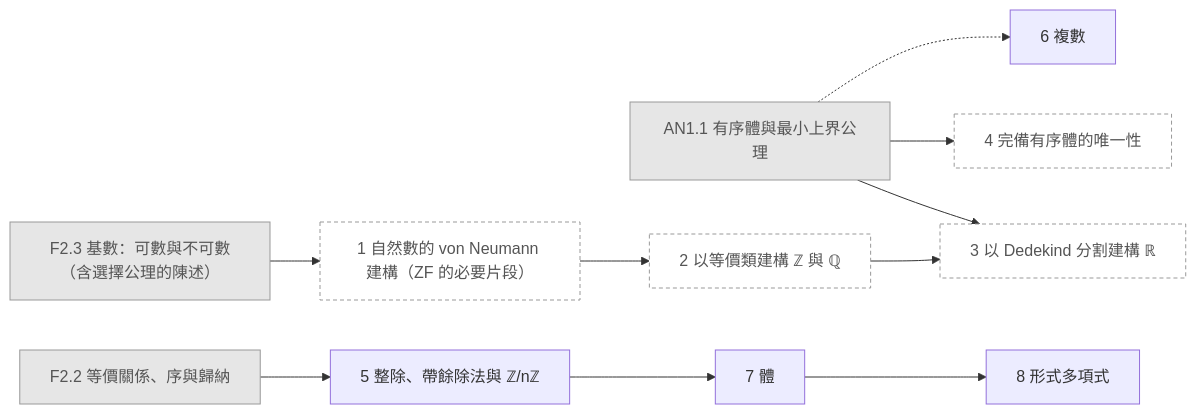
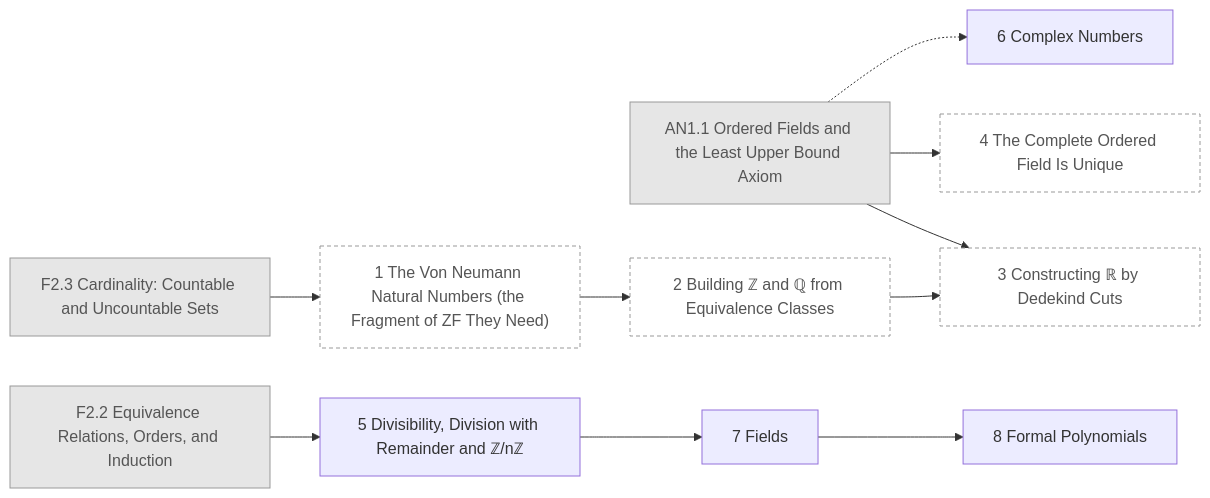
The fifth of 26 diagrams in generated/README.md (AkizumiFox/math-atlas), drawn with Mermaid before and after one commit. The commit also changed other lines of this file and 36 other files, not shown here.

````diff
--- a/generated/README.md
+++ b/generated/README.md
@@ -145,26 +144,26 @@
 ```mermaid
 flowchart LR
-  F2_2["F2.2 等價關係、序與歸納"]:::ext
-  F2_3["F2.3 基數：可數與不可數（含選擇公理的陳述）"]:::ext
-  AN1_1["AN1.1 有序體與最小上界公理"]:::ext
-  F3_1["1 自然數的 von Neumann 建構（ZF 的必要片段）"]:::opt
-  F3_2["2 以等價類建構 ℤ 與 ℚ"]:::opt
-  F3_3["3 以 Dedekind 分割建構 ℝ"]:::opt
-  F3_4["4 完備有序體的唯一性"]:::opt
-  F3_5["5 整除、帶餘除法與 ℤ/nℤ"]
-  F3_6["6 複數"]
-  F3_7["7 體"]
-  F3_8["8 形式多項式"]
+  F2_2["F2.2 Equivalence Relations, Orders, and Induction"]:::ext
+  F2_3["F2.3 Cardinality: Countable and Uncountable Sets"]:::ext
+  AN1_1["AN1.1 Ordered Fields and the Least Upper Bound Axiom"]:::ext
+  F3_1["1 The Von Neumann Natural Numbers (the Fragment of ZF They Need)"]:::opt
+  F3_2["2 Building ℤ and ℚ from Equivalence Classes"]:::opt
+  F3_3["3 Constructing ℝ by Dedekind Cuts"]:::opt
+  F3_4["4 The Complete Ordered Field Is Unique"]:::opt
+  F3_5["5 Divisibility, Division with Remainder and ℤ/nℤ"]
+  F3_6["6 Complex Numbers"]
+  F3_7["7 Fields"]
+  F3_8["8 Formal Polynomials"]
   F2_3 --> F3_1
   F3_1 --> F3_2
   AN1_1 --> F3_3
   F3_2 --> F3_3
   AN1_1 --> F3_4
   F2_2 --> F3_5
   AN1_1 -.-> F3_6
   F3_5 --> F3_7
   F3_7 --> F3_8
   classDef ext fill:#e6e6e6,stroke:#999,color:#555
   classDef opt fill:#fff,stroke:#999,stroke-dasharray:4 3,color:#555
   classDef segb fill:#f6f6fb,stroke:#99a,color:#333
 ```
````
